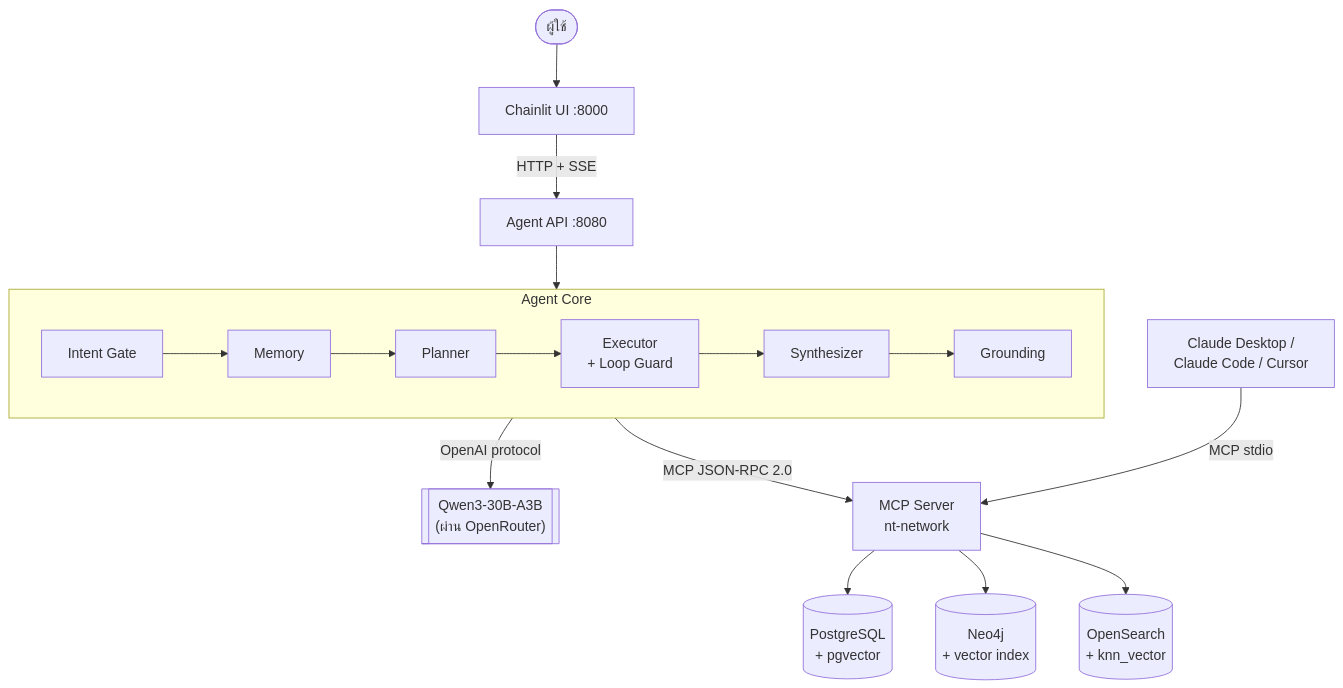
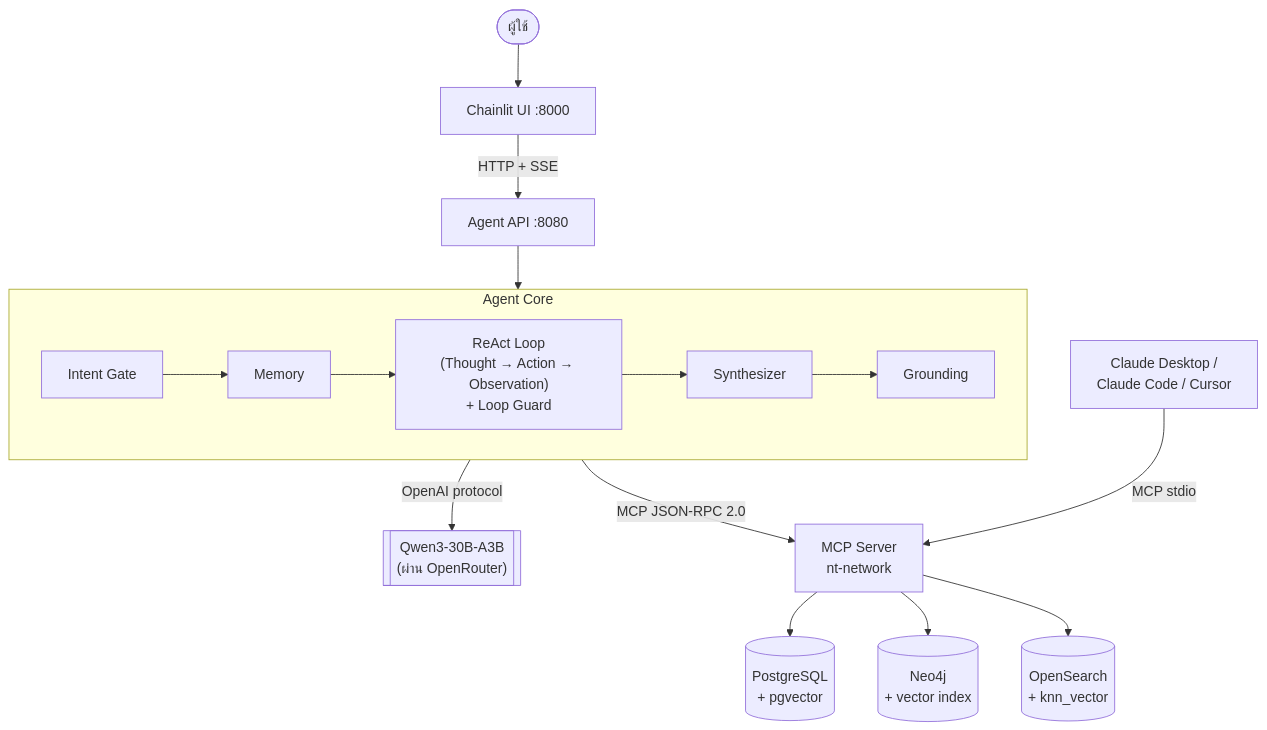
The second of 3 diagrams in INSTRUCTIONS/day0/01-architecture.md (LLM-CE-KMITL/mcp-workshop), drawn with Mermaid before and after one commit. The commit also changed other lines of this file and 38 other files, not shown here.

````diff
--- a/INSTRUCTIONS/day0/01-architecture.md
+++ b/INSTRUCTIONS/day0/01-architecture.md
@@ -41,24 +41,23 @@
 ```mermaid
 flowchart TB
     U([ผู้ใช้]) --> UI["Chainlit UI :8000"]
     UI -->|HTTP + SSE| API["Agent API :8080"]
 
     subgraph CORE["Agent Core"]
         direction LR
         I["Intent Gate"] --> M["Memory"]
-        M --> P["Planner"]
-        P --> E["Executor<br/>+ Loop Guard"]
-        E --> S["Synthesizer"]
+        M --> R["ReAct Loop<br/>(Thought → Action → Observation)<br/>+ Loop Guard"]
+        R --> S["Synthesizer"]
         S --> G["Grounding"]
     end
 
     API --> CORE
     CORE -->|OpenAI protocol| LLM[["Qwen3-30B-A3B<br/>(ผ่าน OpenRouter)"]]
     CORE -->|MCP JSON-RPC 2.0| MCP["MCP Server<br/>nt-network"]
 
     MCP --> PG[("PostgreSQL<br/>+ pgvector")]
     MCP --> NEO[("Neo4j<br/>+ vector index")]
     MCP --> OS[("OpenSearch<br/>+ knn_vector")]
 
     CD["Claude Desktop /<br/>Claude Code / Cursor"] -->|MCP stdio| MCP
 ```
````
